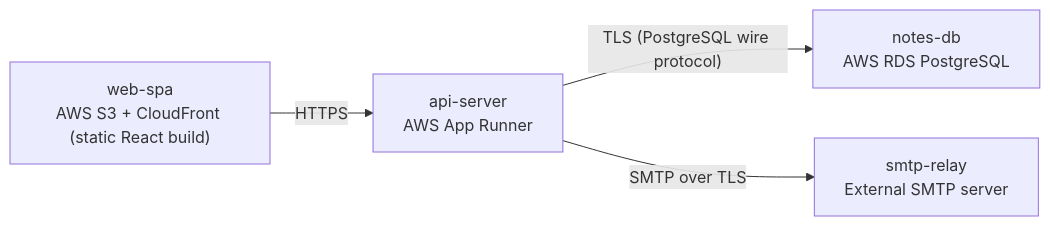
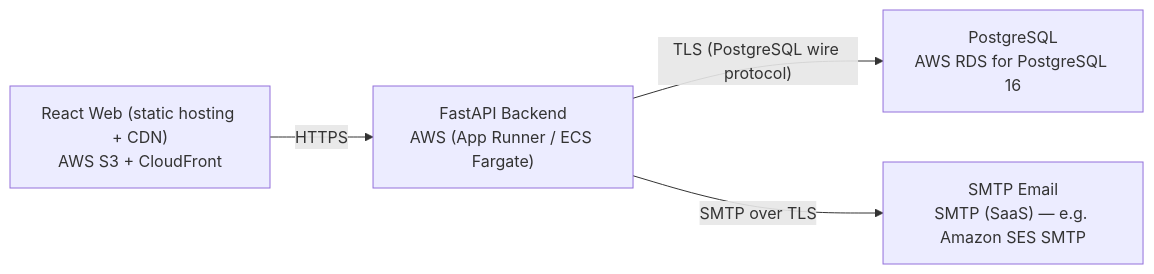
One commit to satya1802/1simple-note-pad changed the diagram in docs/sdlc/deployment/deployment-guide.md. Above: the diagram before and after it, drawn with Mermaid. The commit also changed other lines of this file and 12 other files, not shown here.

````diff
--- a/docs/sdlc/deployment/deployment-guide.md
+++ b/docs/sdlc/deployment/deployment-guide.md
@@ -23,10 +23,10 @@
 ```mermaid
 graph LR
-  n_web_spa["web-spa<br/>AWS S3 + CloudFront (static React build)"]
-  n_api_server["api-server<br/>AWS App Runner"]
-  n_notes_db["notes-db<br/>AWS RDS PostgreSQL"]
-  n_smtp_relay["smtp-relay<br/>External SMTP server"]
-  n_web_spa -->|"HTTPS"| n_api_server
-  n_api_server -->|"TLS (PostgreSQL wire protocol)"| n_notes_db
-  n_api_server -->|"SMTP over TLS"| n_smtp_relay
+  n_React_Web__static_hosting___CDN_["React Web (static hosting + CDN)<br/>AWS S3 + CloudFront"]
+  n_FastAPI_Backend["FastAPI Backend<br/>AWS (App Runner / ECS Fargate)"]
+  n_PostgreSQL["PostgreSQL<br/>AWS RDS for PostgreSQL 16"]
+  n_SMTP_Email["SMTP Email<br/>SMTP (SaaS) — e.g. Amazon SES SMTP"]
+  n_React_Web__static_hosting___CDN_ -->|"HTTPS"| n_FastAPI_Backend
+  n_FastAPI_Backend -->|"TLS (PostgreSQL wire protocol)"| n_PostgreSQL
+  n_FastAPI_Backend -->|"SMTP over TLS"| n_SMTP_Email
 ```
````
